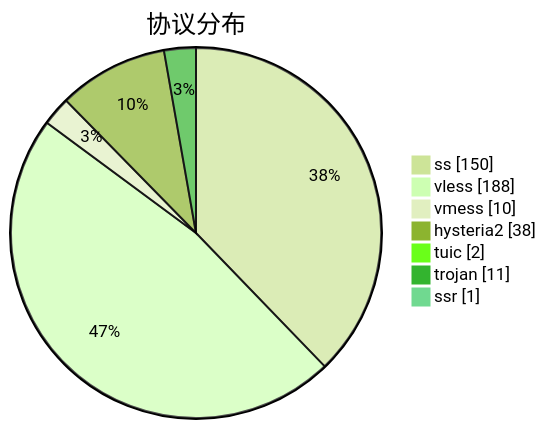
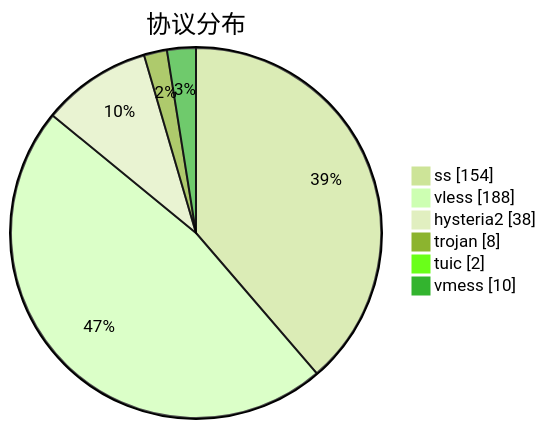
The third of 3 diagrams in subs/statistics/tested_within.md (qjlxg/airport), drawn with Mermaid (forest theme) before and after one commit. The commit also changed other lines of this file and 2 other files, not shown here.

````diff
--- a/subs/statistics/tested_within.md
+++ b/subs/statistics/tested_within.md
@@ -36,11 +32,10 @@
 ```mermaid
 pie showData
 title 协议分布
-"ss" : 150
+"ss" : 154
 "vless" : 188
+"hysteria2" : 38
+"trojan" : 8
+"tuic" : 2
 "vmess" : 10
-"hysteria2" : 38
-"tuic" : 2
-"trojan" : 11
-"ssr" : 1
 ```
````
